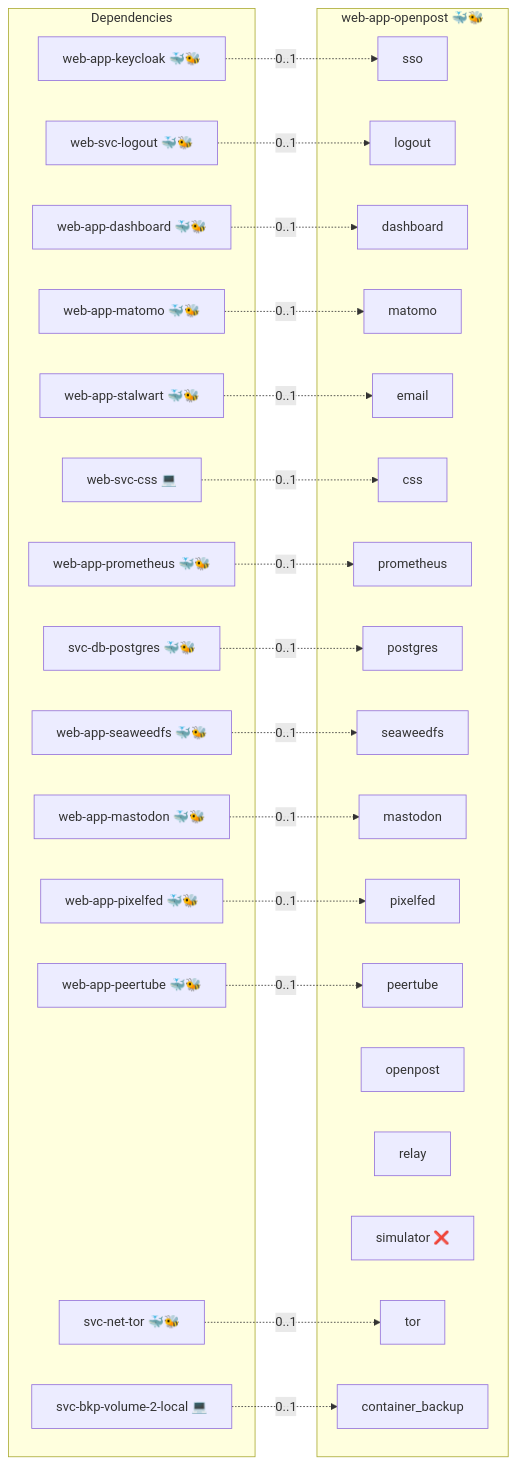
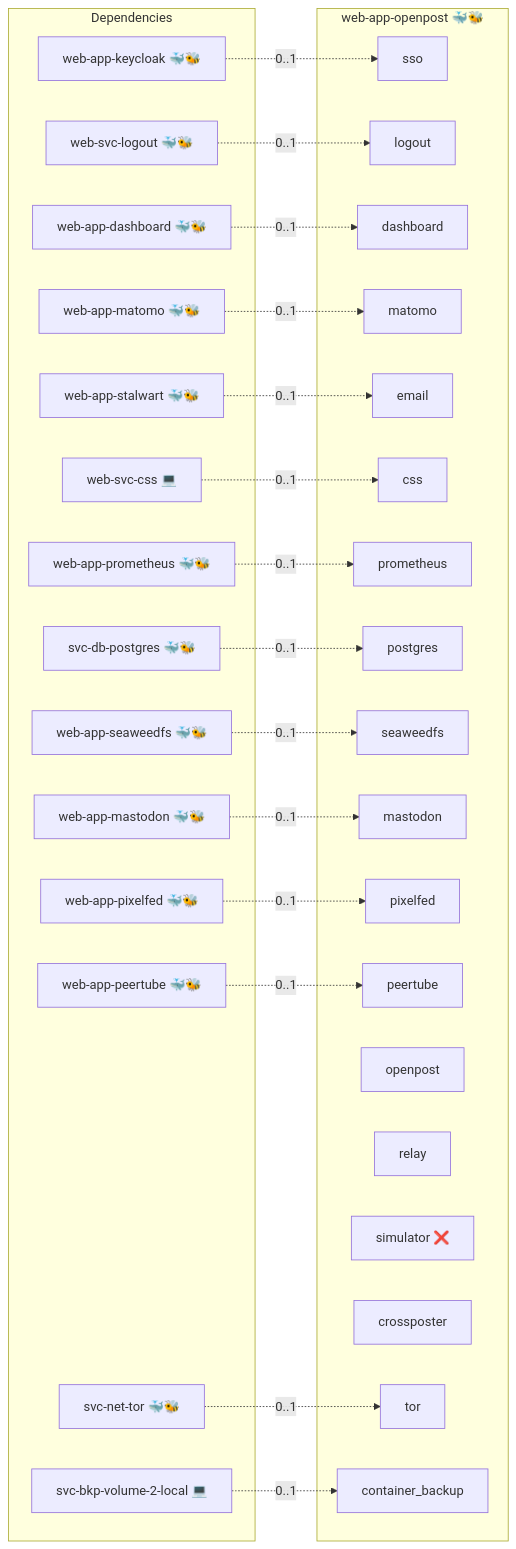
Before and after one commit to evangelostsak/infinito.nexus: the diagram in roles/web-app-openpost/README.md, drawn with Mermaid.

Commit message:
docs(web-app-openpost): show the crossposter in the cosmos diagram

````diff
--- a/roles/web-app-openpost/README.md
+++ b/roles/web-app-openpost/README.md
@@ -19,52 +19,53 @@
 ```mermaid
 flowchart LR
     subgraph deps [Dependencies]
         dep_svc_bkp_volume_2_local["svc-bkp-volume-2-local 💻"]
         dep_svc_db_postgres["svc-db-postgres 🐳🐝"]
         dep_svc_net_tor["svc-net-tor 🐳🐝"]
         dep_web_app_dashboard["web-app-dashboard 🐳🐝"]
         dep_web_app_keycloak["web-app-keycloak 🐳🐝"]
         dep_web_app_mastodon["web-app-mastodon 🐳🐝"]
         dep_web_app_matomo["web-app-matomo 🐳🐝"]
         dep_web_app_peertube["web-app-peertube 🐳🐝"]
         dep_web_app_pixelfed["web-app-pixelfed 🐳🐝"]
         dep_web_app_prometheus["web-app-prometheus 🐳🐝"]
         dep_web_app_seaweedfs["web-app-seaweedfs 🐳🐝"]
         dep_web_app_stalwart["web-app-stalwart 🐳🐝"]
         dep_web_svc_css["web-svc-css 💻"]
         dep_web_svc_logout["web-svc-logout 🐳🐝"]
     end
     subgraph role [web-app-openpost 🐳🐝]
         svc_sso["sso"]
         svc_logout["logout"]
         svc_dashboard["dashboard"]
         svc_matomo["matomo"]
         svc_email["email"]
         svc_css["css"]
         svc_prometheus["prometheus"]
         svc_postgres["postgres"]
         svc_seaweedfs["seaweedfs"]
         svc_mastodon["mastodon"]
         svc_pixelfed["pixelfed"]
         svc_peertube["peertube"]
         svc_openpost["openpost"]
         svc_relay["relay"]
         svc_simulator["simulator ❌"]
+        svc_crossposter["crossposter"]
         svc_tor["tor"]
         svc_container_backup["container_backup"]
     end
     dep_svc_bkp_volume_2_local -. "0..1" .-> svc_container_backup
     dep_svc_db_postgres -. "0..1" .-> svc_postgres
     dep_svc_net_tor -. "0..1" .-> svc_tor
     dep_web_app_dashboard -. "0..1" .-> svc_dashboard
     dep_web_app_keycloak -. "0..1" .-> svc_sso
     dep_web_app_mastodon -. "0..1" .-> svc_mastodon
     dep_web_app_matomo -. "0..1" .-> svc_matomo
     dep_web_app_peertube -. "0..1" .-> svc_peertube
     dep_web_app_pixelfed -. "0..1" .-> svc_pixelfed
     dep_web_app_prometheus -. "0..1" .-> svc_prometheus
     dep_web_app_seaweedfs -. "0..1" .-> svc_seaweedfs
     dep_web_app_stalwart -. "0..1" .-> svc_email
     dep_web_svc_css -. "0..1" .-> svc_css
     dep_web_svc_logout -. "0..1" .-> svc_logout
 ```
````
